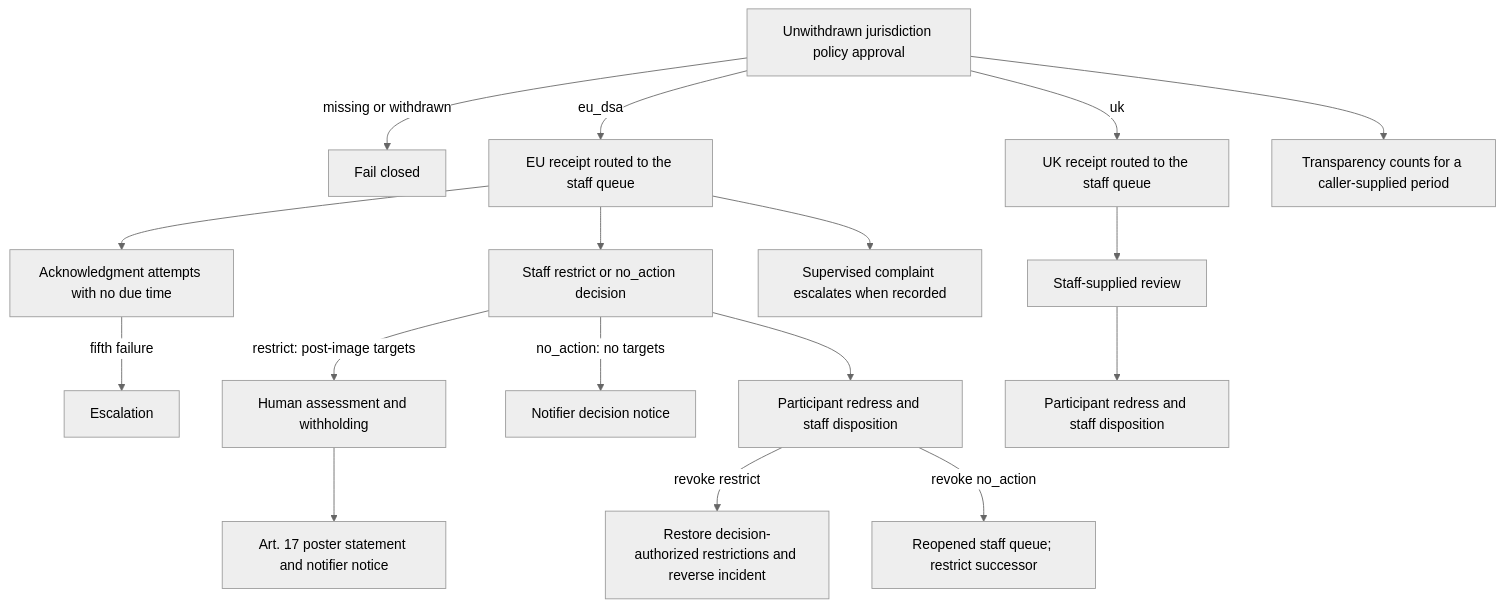
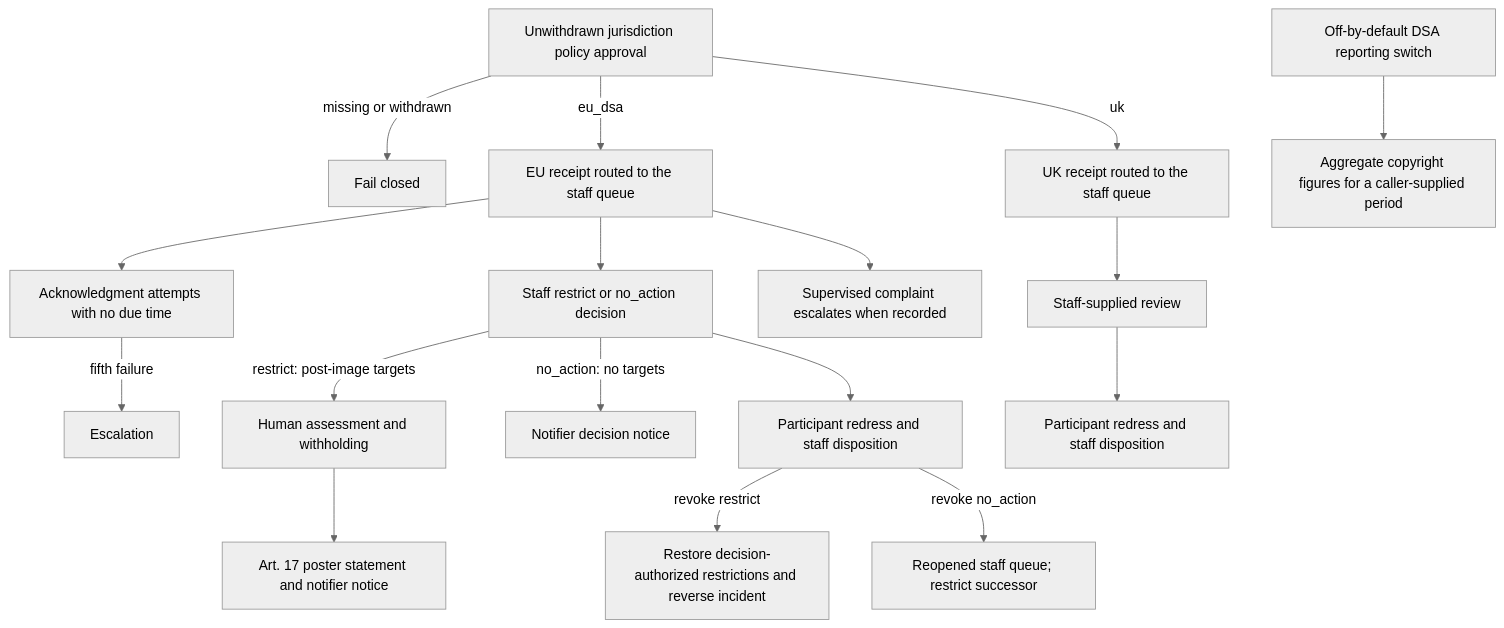
Before and after one commit to vouchington/vouchington: the diagram in docs/overview/architecture/services/copyright-notices/README.md, drawn with Mermaid (neutral theme). The commit also changed other lines of this file and 43 other files, not shown here.

Commit message:
feat(copyright): add gated DSA transparency exports

````diff
--- a/docs/overview/architecture/services/copyright-notices/README.md
+++ b/docs/overview/architecture/services/copyright-notices/README.md
@@ -139,20 +144,20 @@
 ```mermaid
 flowchart TD
   policy[Unwithdrawn jurisdiction policy approval]
   policy -->|missing or withdrawn| closed[Fail closed]
   policy -->|eu_dsa| euReceipt[EU receipt routed to the staff queue]
   policy -->|uk| ukReceipt[UK receipt routed to the staff queue]
   euReceipt --> ack[Acknowledgment attempts with no due time]
   ack -->|fifth failure| escalated[Escalation]
   euReceipt --> reasons[Staff restrict or no_action decision]
   reasons -->|restrict: post-image targets| restriction[Human assessment and withholding]
   restriction --> poster[Art. 17 poster statement and notifier notice]
   reasons -->|no_action: no targets| notifier[Notifier decision notice]
   reasons --> redress[Participant redress and staff disposition]
   redress -->|revoke restrict| restore[Restore decision-authorized restrictions and reverse incident]
   redress -->|revoke no_action| reopened[Reopened staff queue; restrict successor]
   euReceipt --> supervised[Supervised complaint escalates when recorded]
-  policy --> report[Transparency counts for a caller-supplied period]
+  reportSwitch[Off-by-default DSA reporting switch] --> report[Aggregate copyright figures for a caller-supplied period]
   ukReceipt --> review[Staff-supplied review]
   review --> ukRedress[Participant redress and staff disposition]
 ```
````
